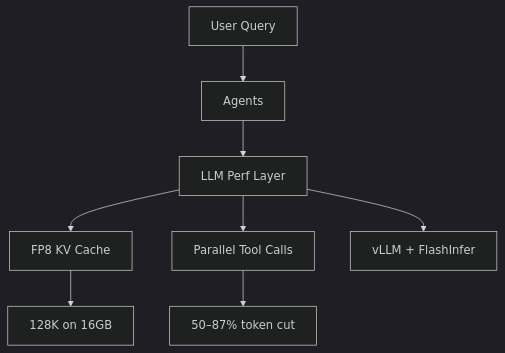
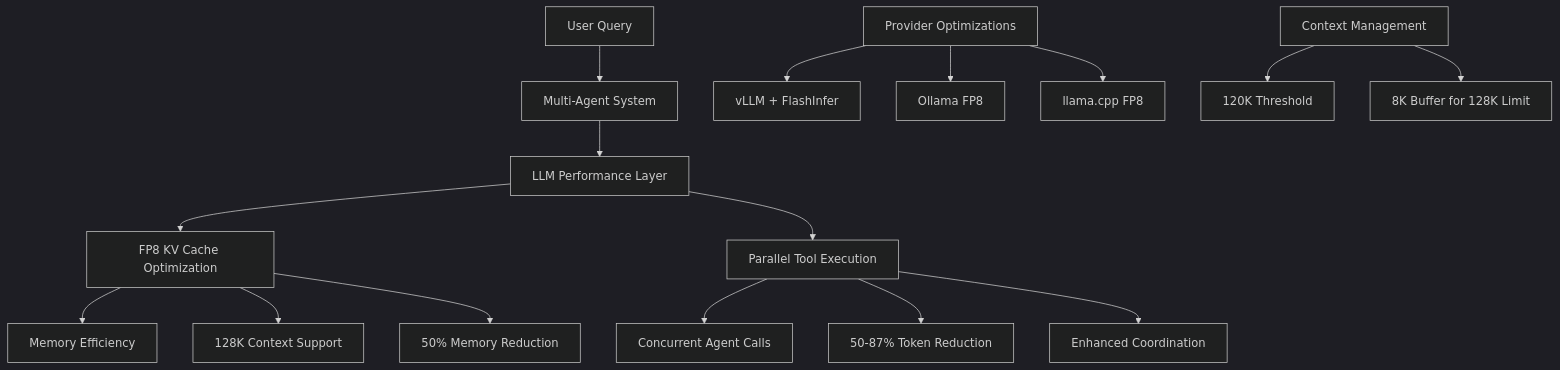
The diagram in docs/developers/adrs/ADR-010-performance-optimization-strategy.md (BjornMelin/docmind-ai-llm), drawn with Mermaid (dark theme) before and after one commit. The commit also changed other lines of this file and 23 other files, not shown here.

First line of the commit message:
docs(adrs): update multiple ADRs to version 1.x with expanded architecture and configuration details

````diff
--- a/docs/developers/adrs/ADR-010-performance-optimization-strategy.md
+++ b/docs/developers/adrs/ADR-010-performance-optimization-strategy.md
@@ -81,10 +109,23 @@
 ```mermaid
 graph TD
-    A[User Query] --> B[Agents]
-    B --> C[LLM Perf Layer]
-    C --> D[FP8 KV Cache]
-    C --> E[Parallel Tool Calls]
-    D --> F[128K on 16GB]
-    E --> G[50–87% token cut]
-    C --> H[vLLM + FlashInfer]
+    A[User Query] --> B[Multi-Agent System]
+    B --> C[LLM Performance Layer]
+    
+    C --> D[FP8 KV Cache Optimization]
+    C --> E[Parallel Tool Execution]
+    
+    D --> F[Memory Efficiency]
+    D --> G[128K Context Support]
+    D --> H[50% Memory Reduction]
+    
+    E --> I[Concurrent Agent Calls]
+    E --> J[50-87% Token Reduction]
+    E --> K[Enhanced Coordination]
+    
+    L[Provider Optimizations] --> M[vLLM + FlashInfer]
+    L --> N[Ollama FP8]
+    L --> O[llama.cpp FP8]
+    
+    P[Context Management] --> Q[120K Threshold]
+    P --> R[8K Buffer for 128K Limit]
 ```
````
